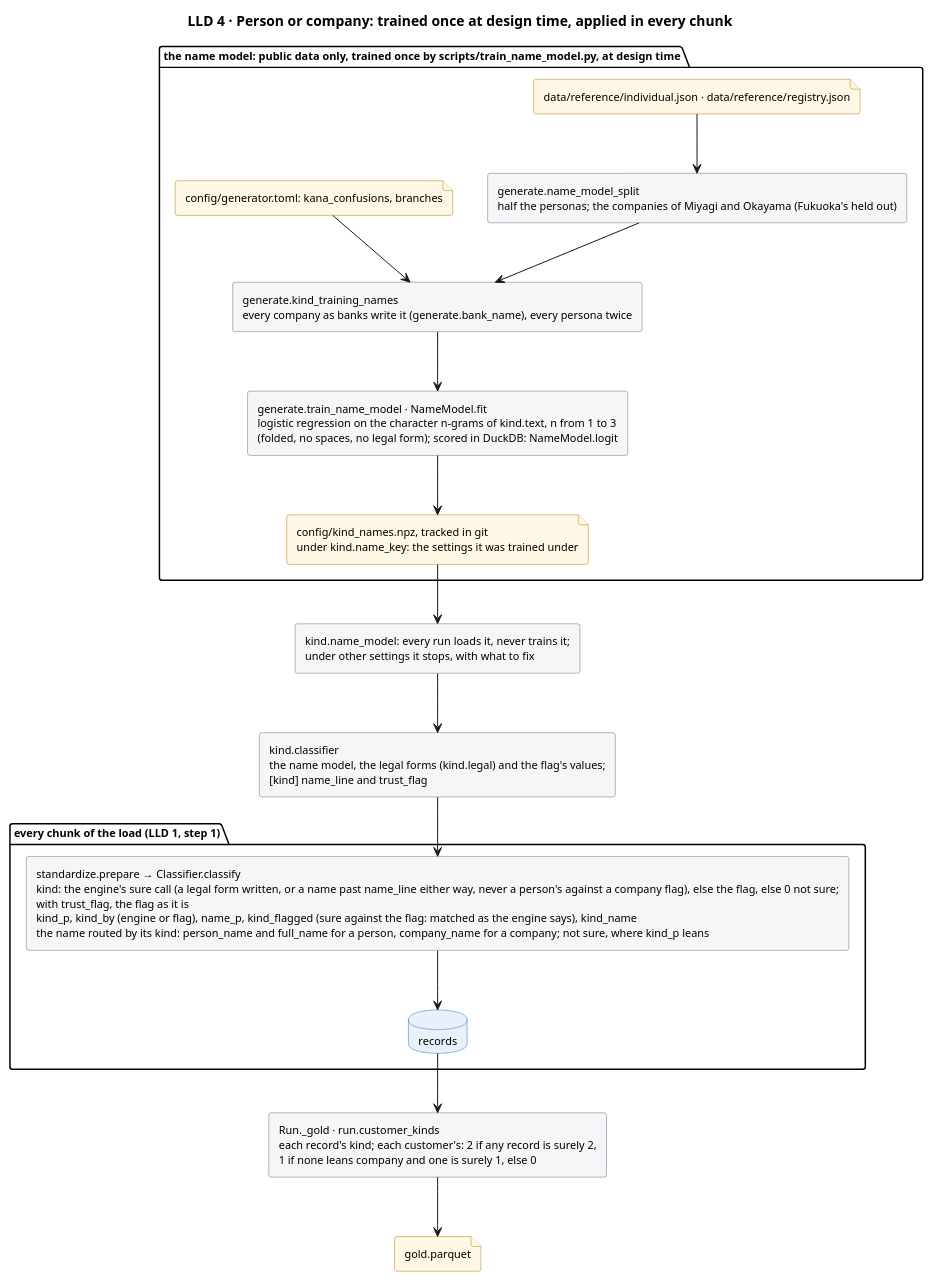
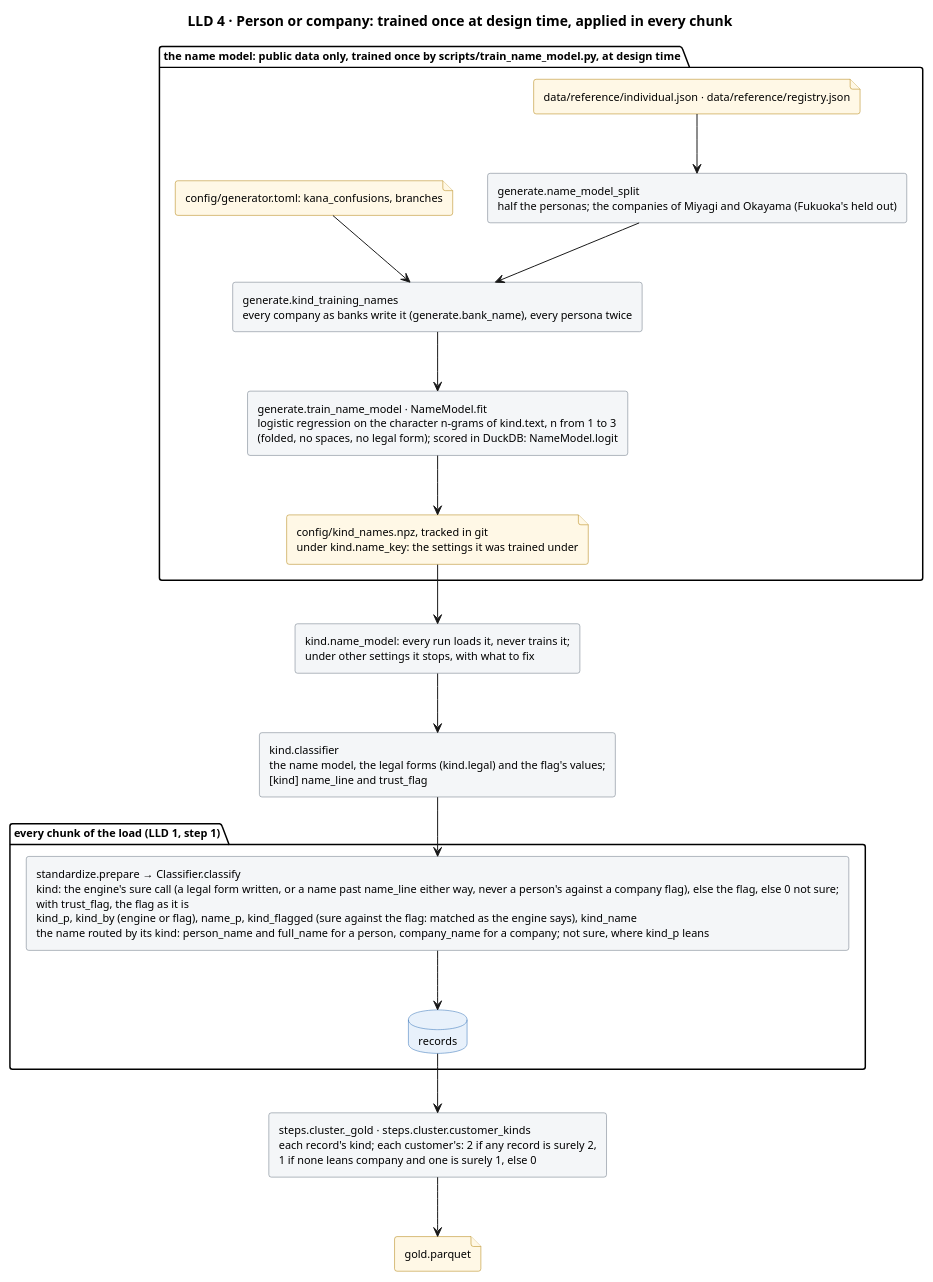
Before and after one commit to mvsbm/entity_matching: the diagram in docs/diagrams/kind.puml, drawn with PlantUML. The commit also changed 61 other files, not shown here.

First line of the commit message:
The Run class goes: each step is one module with its inputs and result explicit (er/steps/), and each job reads top to bottom (er/jobs/)

```diff
--- a/docs/diagrams/kind.puml
+++ b/docs/diagrams/kind.puml
@@ -1,48 +1,48 @@
 @startuml kind
 title LLD 4 · Person or company: trained once at design time, applied in every chunk
 skinparam defaultFontSize 11
 skinparam rectangle {
   BackgroundColor #F4F6F8
   BorderColor #65717E
 }
 skinparam database {
   BackgroundColor #E8F1FB
   BorderColor #2C6DB3
 }
 skinparam file {
   BackgroundColor #FFF8E6
   BorderColor #B07D00
 }
 
 package "the name model: public data only, trained once by scripts/train_name_model.py, at design time" {
   file "data/reference/individual.json · data/reference/registry.json" as f_ref
   file "config/generator.toml: kana_confusions, branches" as f_gen
   rectangle "generate.name_model_split\nhalf the personas; the companies of Miyagi and Okayama (Fukuoka's held out)" as split
   rectangle "generate.kind_training_names\nevery company as banks write it (generate.bank_name), every persona twice" as names
   rectangle "generate.train_name_model · NameModel.fit\nlogistic regression on the character n-grams of kind.text, n from 1 to 3\n(folded, no spaces, no legal form); scored in DuckDB: NameModel.logit" as model
   file "config/kind_names.npz, tracked in git\nunder kind.name_key: the settings it was trained under" as f_cache
 }
 rectangle "kind.name_model: every run loads it, never trains it;\nunder other settings it stops, with what to fix" as load
 
 rectangle "kind.classifier\nthe name model, the legal forms (kind.legal) and the flag's values;\n[kind] name_line and trust_flag" as fit
 
 package "every chunk of the load (LLD 1, step 1)" {
   rectangle "standardize.prepare → Classifier.classify\nkind: the engine's sure call (a legal form written, or a name past name_line either way, never a person's against a company flag), else the flag, else 0 not sure;\nwith trust_flag, the flag as it is\nkind_p, kind_by (engine or flag), name_p, kind_flagged (sure against the flag: matched as the engine says), kind_name\nthe name routed by its kind: person_name and full_name for a person, company_name for a company; not sure, where kind_p leans" as classify
   database "records" as records
 }
 
-rectangle "Run._gold · run.customer_kinds\neach record's kind; each customer's: 2 if any record is surely 2,\n1 if none leans company and one is surely 1, else 0" as gold
+rectangle "steps.cluster._gold · steps.cluster.customer_kinds\neach record's kind; each customer's: 2 if any record is surely 2,\n1 if none leans company and one is surely 1, else 0" as gold
 file "gold.parquet" as f_gold
 
 f_ref --> split
 split --> names
 f_gen --> names
 names --> model
 model --> f_cache
 f_cache --> load
 load --> fit
 fit --> classify
 classify --> records
 records --> gold
 gold --> f_gold
 @enduml
```
